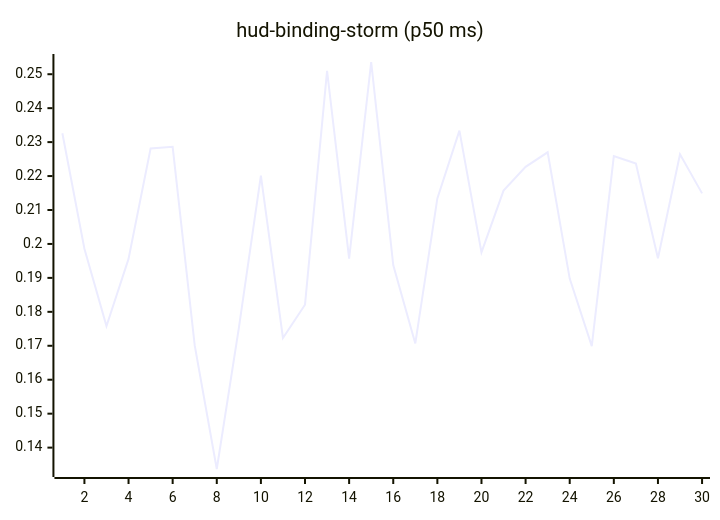
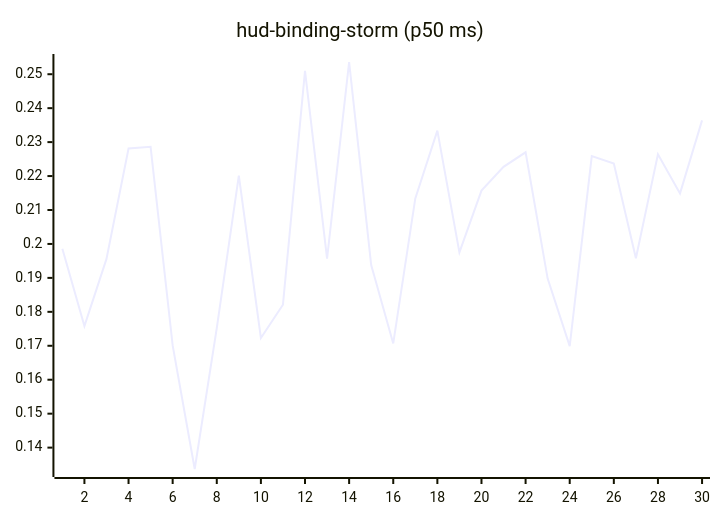
Before and after one commit to josha/Facet: the tenth of 27 diagrams in README.md, drawn with Mermaid. The commit also changed other lines of this file and 2 other files, not shown here.

````diff
--- a/README.md
+++ b/README.md
@@ -126,6 +126,6 @@
 ```mermaid
 xychart-beta
     title "hud-binding-storm (p50 ms)"
     x-axis 1 --> 30
-    line [0.2326, 0.1986, 0.1758, 0.1956, 0.2281, 0.2286, 0.1701, 0.1337, 0.1752, 0.2201, 0.1723, 0.1821, 0.2510, 0.1957, 0.2536, 0.1938, 0.1707, 0.2134, 0.2334, 0.1975, 0.2157, 0.2227, 0.2270, 0.1898, 0.1699, 0.2259, 0.2237, 0.1958, 0.2264, 0.2149]
+    line [0.1986, 0.1758, 0.1956, 0.2281, 0.2286, 0.1701, 0.1337, 0.1752, 0.2201, 0.1723, 0.1821, 0.2510, 0.1957, 0.2536, 0.1938, 0.1707, 0.2134, 0.2334, 0.1975, 0.2157, 0.2227, 0.2270, 0.1898, 0.1699, 0.2259, 0.2237, 0.1958, 0.2264, 0.2149, 0.2364]
 ```
````
